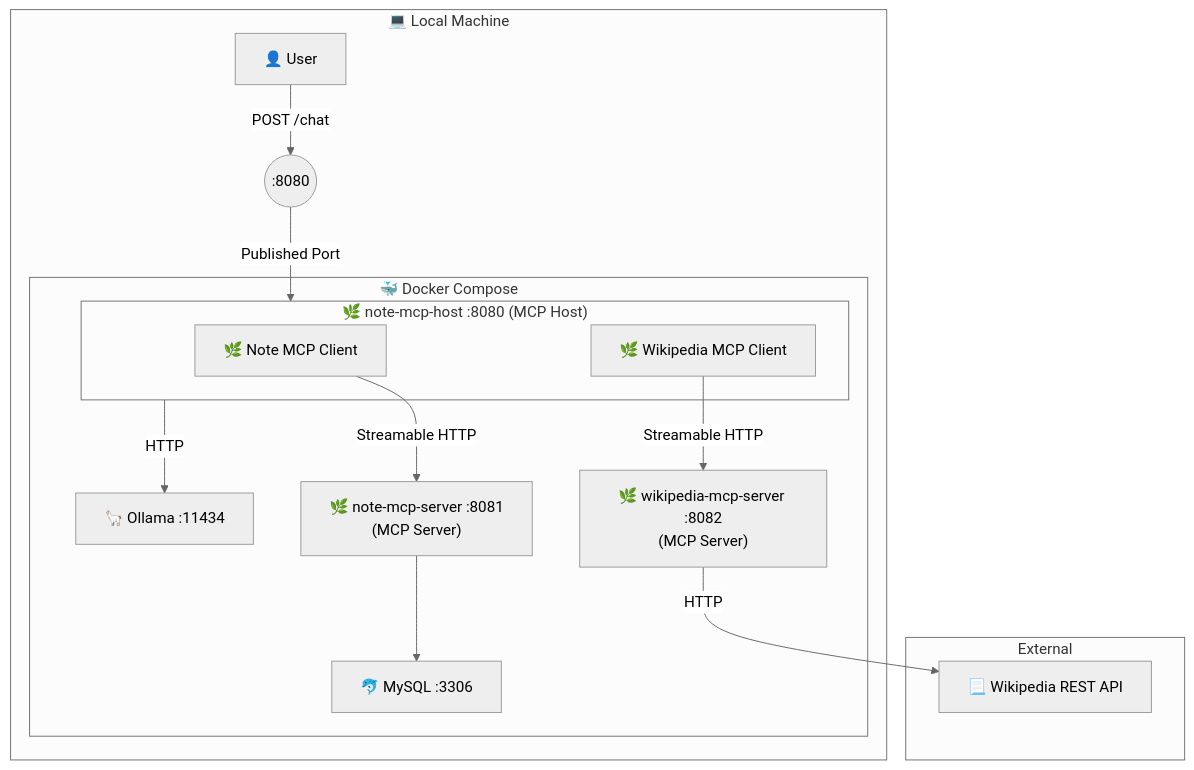
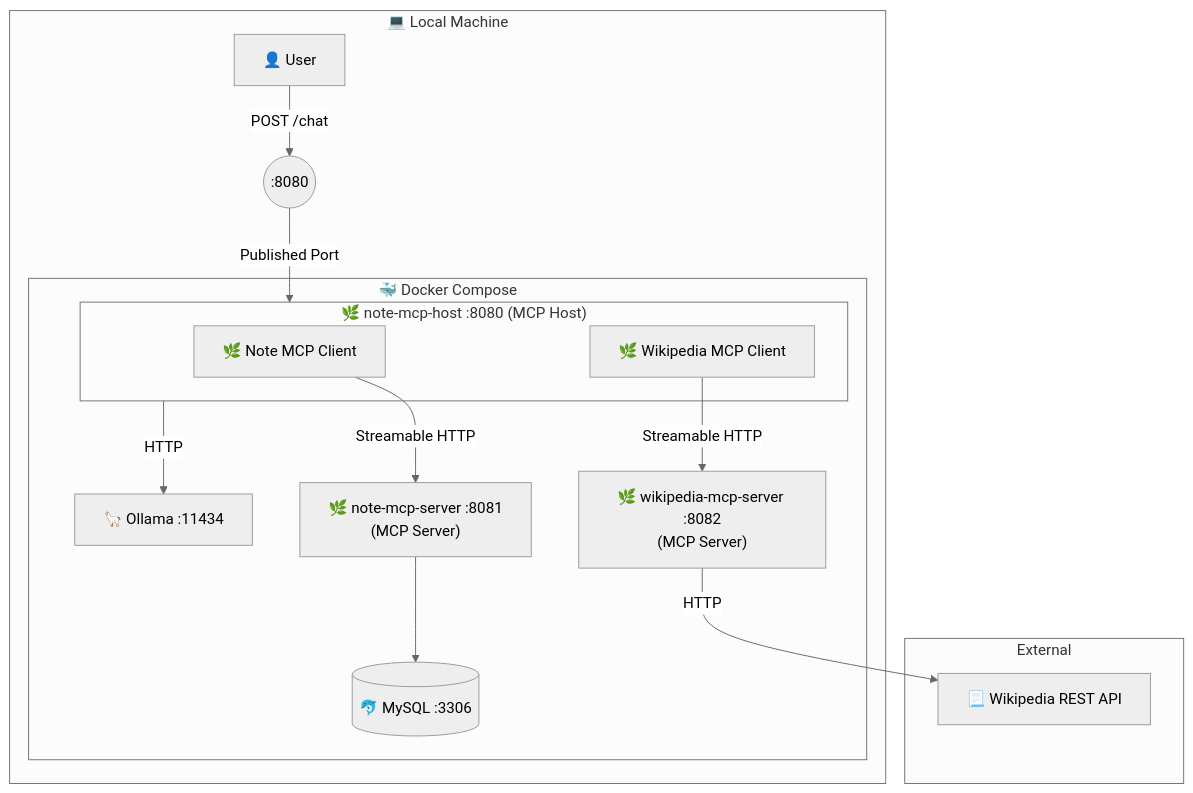
The diagram in README.md (hainet50b/spring-ai-mcp-example), drawn with Mermaid (neutral theme) before and after one commit.

Commit message:
Use cylinder shape for MySQL node in Mermaid diagram

````diff
--- a/README.md
+++ b/README.md
@@ -7,32 +7,32 @@
 ```mermaid
 graph TB
     subgraph "💻️ Local Machine"
         User["👤 User"]
         Port((":8080"))
 
         subgraph "🐳 Docker Compose"
             subgraph NoteMcpHost["🌿 note-mcp-host :8080 (MCP Host)"]
                 NoteMcpClient["🌿 Note MCP Client"]
                 WikipediaMcpClient["🌿 Wikipedia MCP Client"]
             end
             Ollama["🦙 Ollama :11434"]
             NoteMcpServer["🌿 note-mcp-server :8081<br>(MCP Server)"]
-            MySQL["🐬 MySQL :3306"]
+            MySQL[("🐬 MySQL :3306")]
             WikipediaMcpServer["🌿 wikipedia-mcp-server :8082<br>(MCP Server)"]
         end
     end
 
     subgraph External
         WikipediaRESTAPI["📃 Wikipedia REST API"]
     end
 
     User -->|POST /chat| Port
     Port -->|Published Port| NoteMcpHost
 
     NoteMcpHost -->|HTTP| Ollama
     NoteMcpClient -->|Streamable HTTP| NoteMcpServer
     WikipediaMcpClient -->|Streamable HTTP| WikipediaMcpServer
     NoteMcpServer --> MySQL
 
     WikipediaMcpServer -->|HTTP| WikipediaRESTAPI
 ```
````
